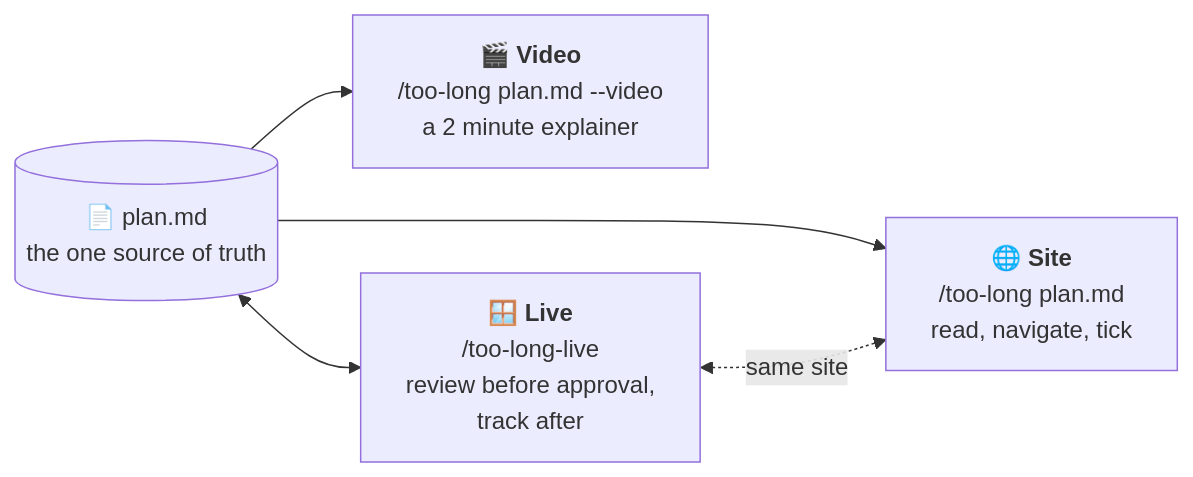
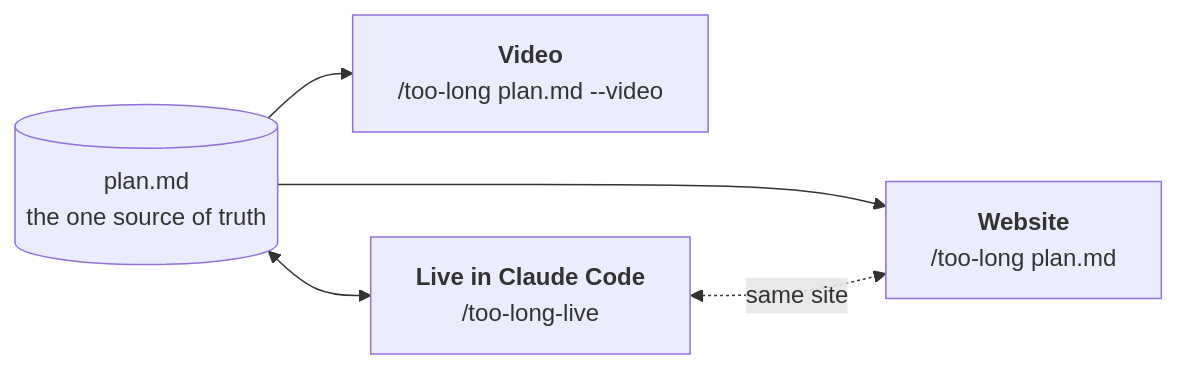
The first of 3 diagrams in README.md (GalHavshush/too-long), drawn with Mermaid before and after one commit. The commit also changed other lines of this file, not shown here.

````diff
--- a/README.md
+++ b/README.md
@@ -13,8 +21,8 @@
 ```mermaid
 flowchart LR
-    P[("📄 plan.md<br/>the one source of truth")]
-    P --> S["🌐 <b>Site</b><br/>/too-long plan.md<br/>read, navigate, tick"]
-    P --> V["🎬 <b>Video</b><br/>/too-long plan.md --video<br/>a 2 minute explainer"]
-    P <--> L["🪟 <b>Live</b><br/>/too-long-live<br/>review before approval,<br/>track after"]
+    P[("plan.md<br/>the one source of truth")]
+    P --> S["<b>Website</b><br/>/too-long plan.md"]
+    P --> V["<b>Video</b><br/>/too-long plan.md --video"]
+    P <--> L["<b>Live in Claude Code</b><br/>/too-long-live"]
     L <-.same site.-> S
 ```
````
